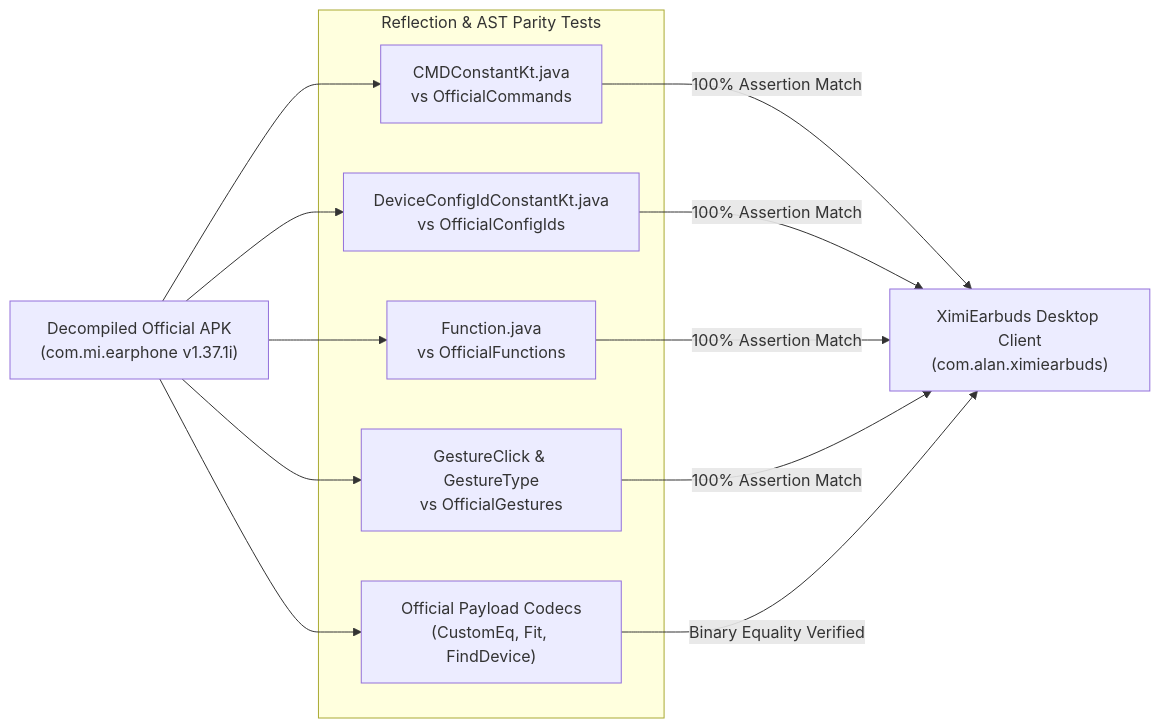
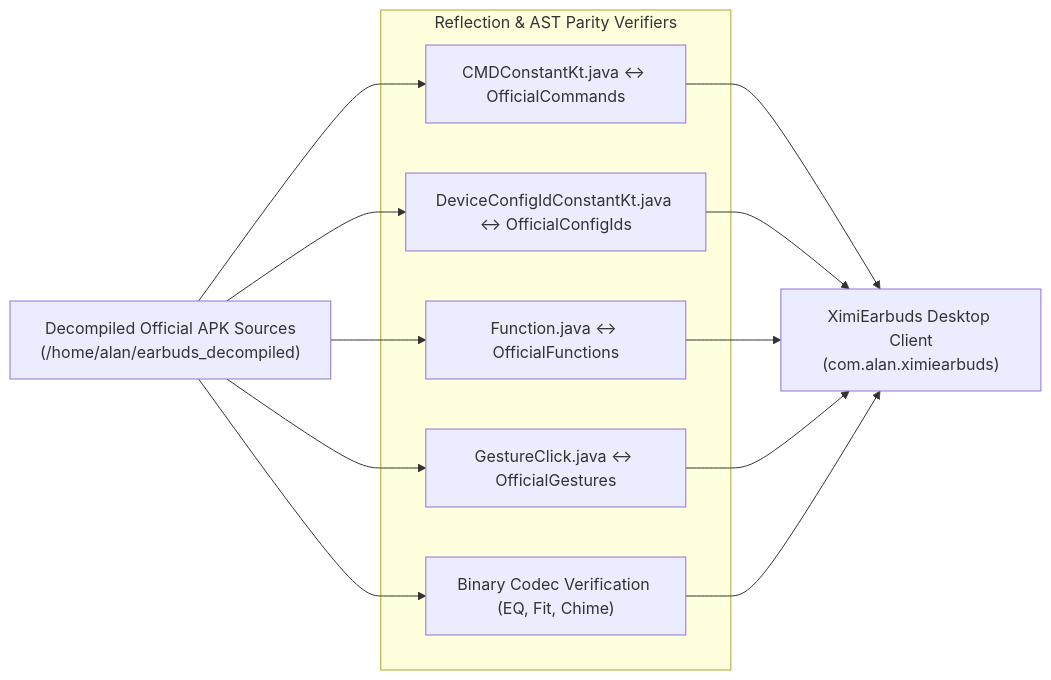
The second of 2 diagrams in README.md (alan7383/ximiearbuds), drawn with Mermaid before and after one commit. The commit also changed other lines of this file, not shown here.

Commit message:
docs: update README with realistic ~35-40% progress assessment and granular decompiled gap analysis

````diff
--- a/README.md
+++ b/README.md
@@ -228,26 +196,20 @@
 ```mermaid
 flowchart LR
-    APK["Decompiled Official APK<br/>(com.mi.earphone v1.37.1i)"] 
+    APK["Decompiled Official APK Sources<br/>(/home/alan/earbuds_decompiled)"]
     
-    subgraph Reflection & AST Parity Tests
-        T1["CMDConstantKt.java<br/>vs OfficialCommands"]
-        T2["DeviceConfigIdConstantKt.java<br/>vs OfficialConfigIds"]
-        T3["Function.java<br/>vs OfficialFunctions"]
-        T4["GestureClick & GestureType<br/>vs OfficialGestures"]
-        T5["Official Payload Codecs<br/>(CustomEq, Fit, FindDevice)"]
+    subgraph Reflection & AST Parity Verifiers
+        T1["CMDConstantKt.java ↔ OfficialCommands"]
+        T2["DeviceConfigIdConstantKt.java ↔ OfficialConfigIds"]
+        T3["Function.java ↔ OfficialFunctions"]
+        T4["GestureClick.java ↔ OfficialGestures"]
+        T5["Binary Codec Verification (EQ, Fit, Chime)"]
     end
     
-    XIMI["XimiEarbuds Desktop Client<br/>(com.alan.ximiearbuds)"]
+    APP["XimiEarbuds Desktop Client<br/>(com.alan.ximiearbuds)"]
 
-    APK --> T1
-    APK --> T2
-    APK --> T3
-    APK --> T4
-    APK --> T5
-
-    T1 -->|100% Assertion Match| XIMI
-    T2 -->|100% Assertion Match| XIMI
-    T3 -->|100% Assertion Match| XIMI
-    T4 -->|100% Assertion Match| XIMI
-    T5 -->|Binary Equality Verified| XIMI
+    APK --> T1 --> APP
+    APK --> T2 --> APP
+    APK --> T3 --> APP
+    APK --> T4 --> APP
+    APK --> T5 --> APP
 ```
````
